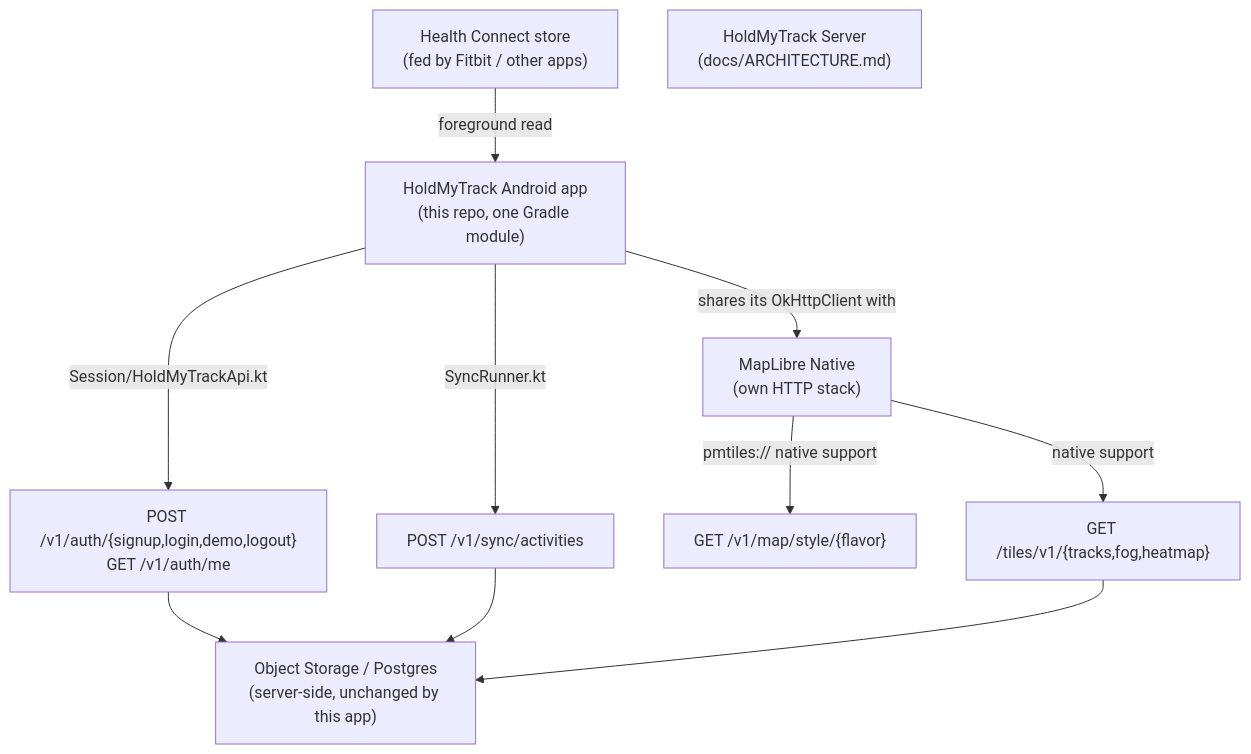
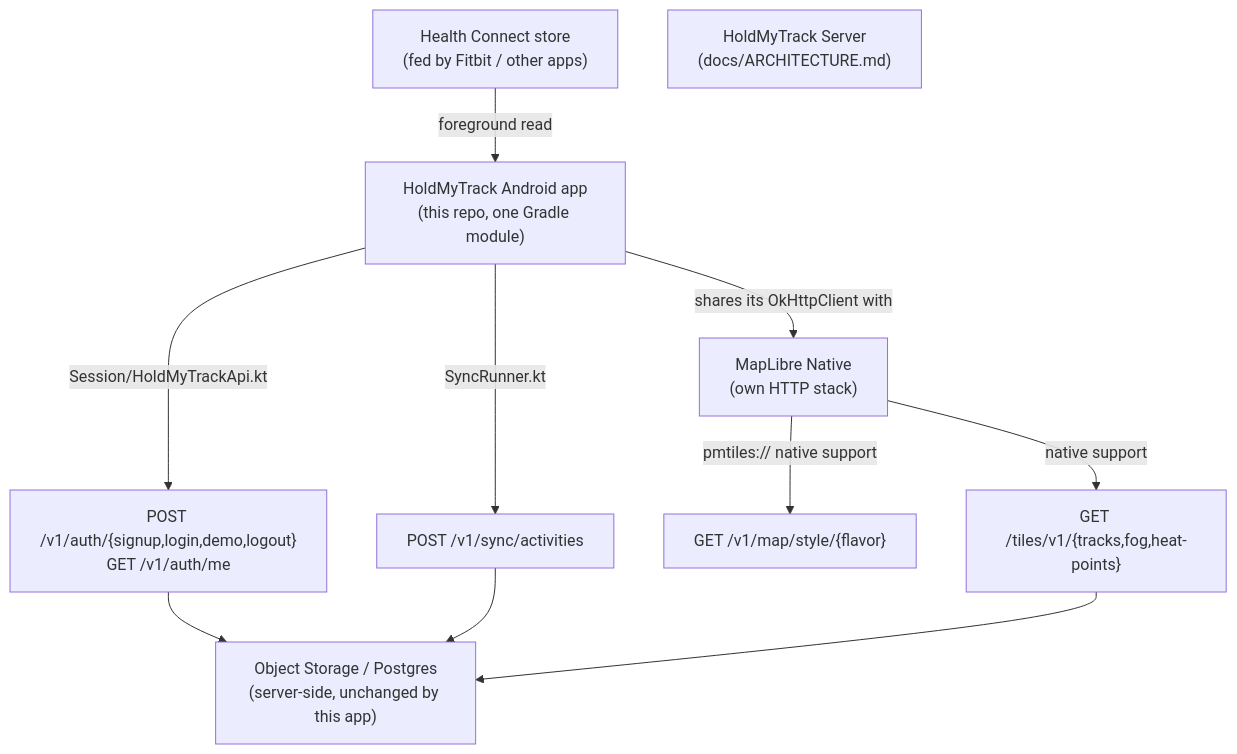
The diagram in apps/android/docs/ARCHITECTURE.md (HoldMyTrack/holdmytrack), drawn with Mermaid before and after one commit. The commit also changed 50 other files, not shown here.

````diff
--- a/apps/android/docs/ARCHITECTURE.md
+++ b/apps/android/docs/ARCHITECTURE.md
@@ -35,22 +35,22 @@
 ```mermaid
 graph TD
     HC["Health Connect store\n(fed by Fitbit / other apps)"]
     App["HoldMyTrack Android app\n(this repo, one Gradle module)"]
     MLN["MapLibre Native\n(own HTTP stack)"]
     Api["HoldMyTrack Server\n(docs/ARCHITECTURE.md)"]
     Style["GET /v1/map/style/{flavor}"]
-    Tiles["GET /tiles/v1/{tracks,fog,heatmap}"]
+    Tiles["GET /tiles/v1/{tracks,fog,heat-points}"]
     Sync["POST /v1/sync/activities"]
     Auth["POST /v1/auth/{signup,login,demo,logout}\nGET /v1/auth/me"]
     Store["Object Storage / Postgres\n(server-side, unchanged by this app)"]
 
     HC -->|foreground read| App
     App -->|Session/HoldMyTrackApi.kt| Auth
     App -->|SyncRunner.kt| Sync
     App -->|shares its OkHttpClient with| MLN
     MLN -->|pmtiles:// native support| Style
     MLN -->|native support| Tiles
     Auth --> Store
     Sync --> Store
     Tiles --> Store
 ```
````
